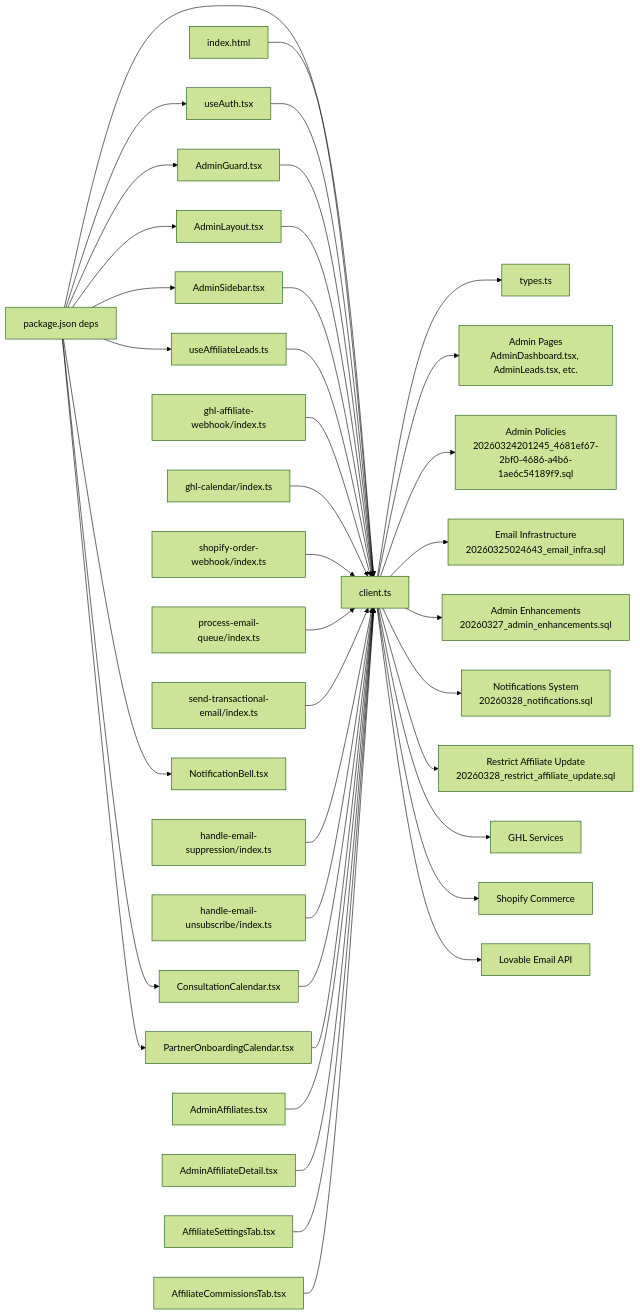
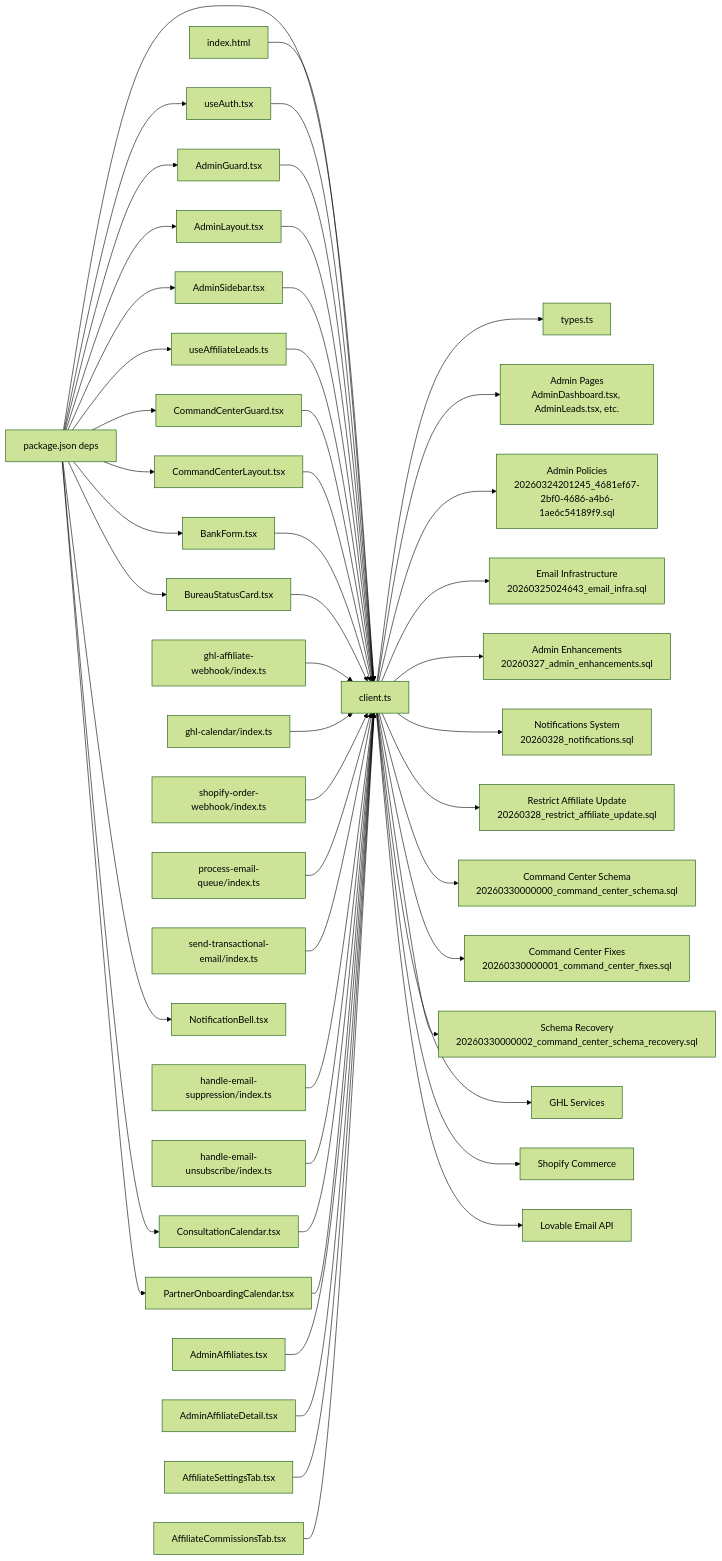
Diagram 15 of 15 in .qoder/repowiki/en/content/Data Layer & Supabase Integration.md (Hawky1/ryland), drawn with Mermaid (forest theme) before and after one commit. The commit also changed other lines of this file and 88 other files, not shown here.

Commit message:
refactor: remove Command Center MVP, add security fixes & admin metadata migrations

```diff
--- a/.qoder/repowiki/en/content/Data Layer & Supabase Integration.md
+++ b/.qoder/repowiki/en/content/Data Layer & Supabase Integration.md
@@ -1375,6 +1961,10 @@
 AdminLayout["AdminLayout.tsx"]
 AdminSidebar["AdminSidebar.tsx"]
 Leads["useAffiliateLeads.ts"]
+CommandGuard["CommandCenterGuard.tsx"]
+CommandLayout["CommandCenterLayout.tsx"]
+BankForm["BankForm.tsx"]
+BureauCard["BureauStatusCard.tsx"]
 Func["ghl-affiliate-webhook/index.ts"]
 CalFunc["ghl-calendar/index.ts"]
 ShopifyWebhook["shopify-order-webhook/index.ts"]
@@ -1399,12 +1989,19 @@
 AdminEnhMig["Admin Enhancements<br/>20260327_admin_enhancements.sql"]
 NotifMig["Notifications System<br/>20260328_notifications.sql"]
 AffUpdateMig["Restrict Affiliate Update<br/>20260328_restrict_affiliate_update.sql"]
+CommandCenterMig["Command Center Schema<br/>20260330000000_command_center_schema.sql"]
+CommandCenterFix["Command Center Fixes<br/>20260330000001_command_center_fixes.sql"]
+CommandCenterRec["Schema Recovery<br/>20260330000002_command_center_schema_recovery.sql"]
 Package --> Client
 Package --> Auth
 Package --> AdminGuard
 Package --> AdminLayout
 Package --> AdminSidebar
 Package --> Leads
+Package --> CommandGuard
+Package --> CommandLayout
+Package --> BankForm
+Package --> BureauCard
 Package --> ConsultCal
 Package --> PartnerCal
 Package --> NotificationBell
@@ -1415,6 +2012,10 @@
 AdminLayout --> Client
 AdminSidebar --> Client
 Leads --> Client
+CommandGuard --> Client
+CommandLayout --> Client
+BankForm --> Client
+BureauCard --> Client
 Func --> Client
 CalFunc --> Client
 ShopifyWebhook --> Client
@@ -1434,6 +2035,9 @@
 Client --> AdminEnhMig
 Client --> NotifMig
 Client --> AffUpdateMig
+Client --> CommandCenterMig
+Client --> CommandCenterFix
+Client --> CommandCenterRec
 Client --> GHL
 Client --> Shopify
 Client --> Lovable
```
